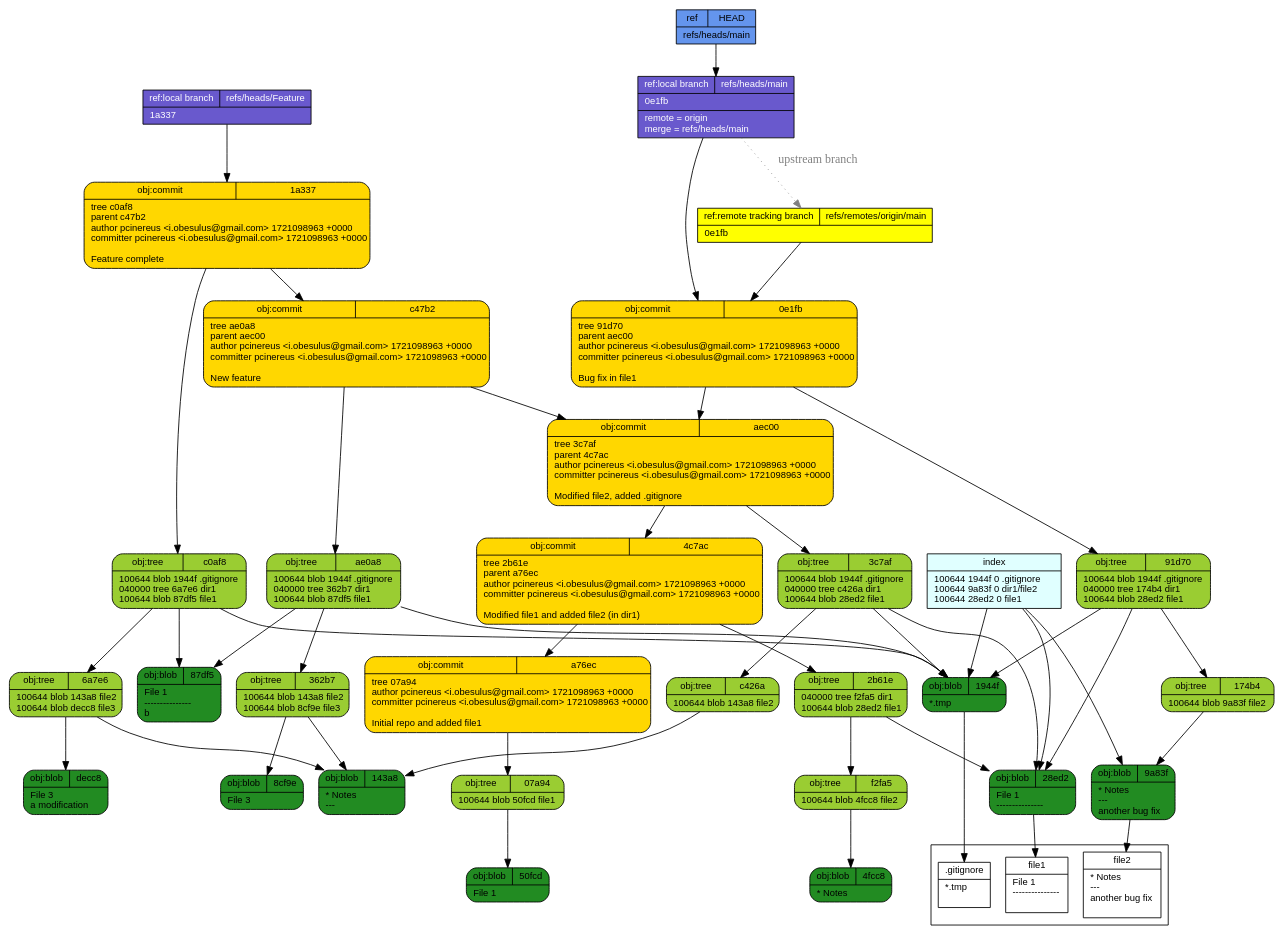
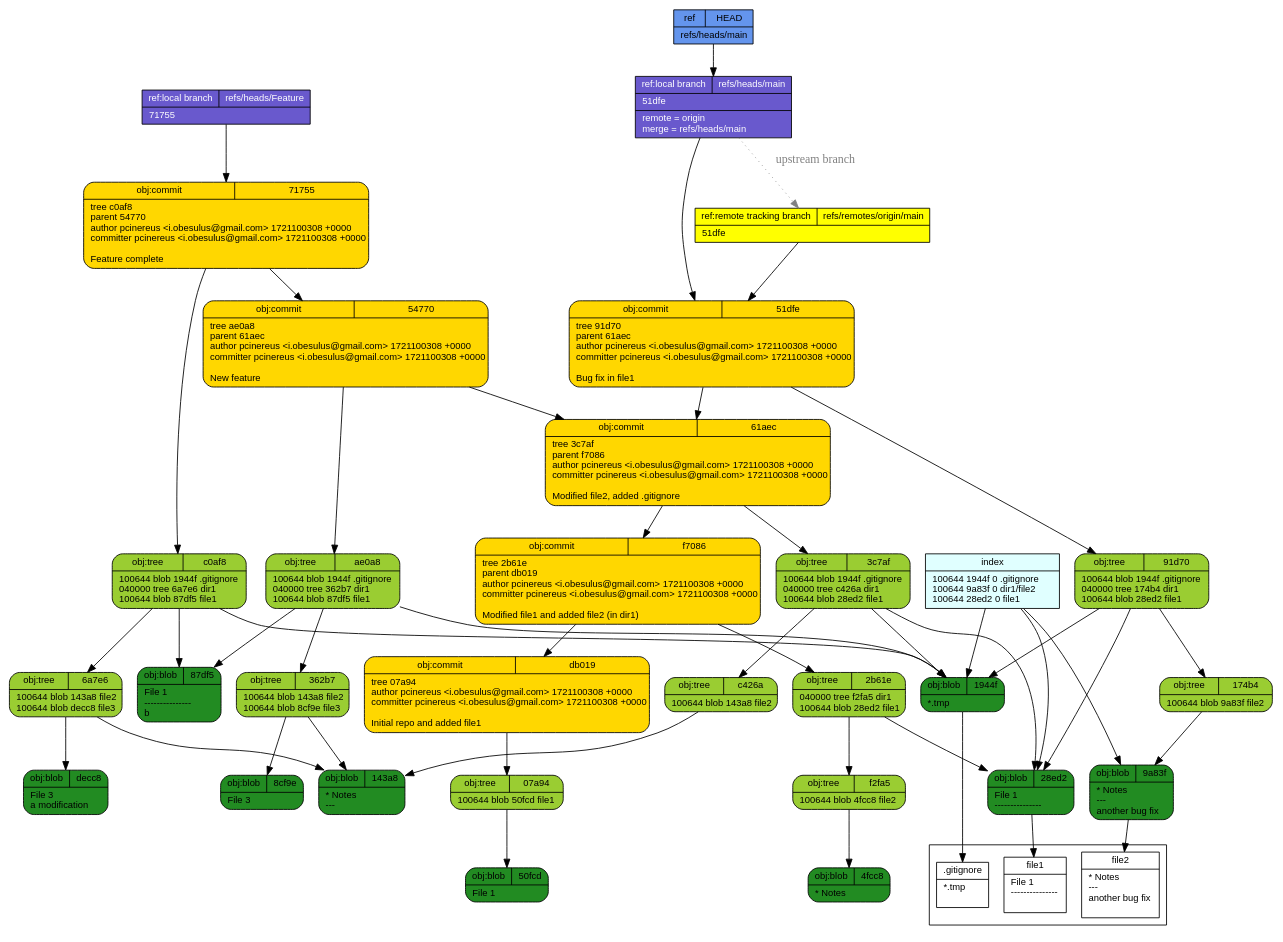
Before and after one commit to pcinereus/SUYRs_documents: the diagram in tut/git-draw.dot, drawn with Graphviz. The commit also changed 609 other files, not shown here.

```diff
--- a/tut/git-draw.dot
+++ b/tut/git-draw.dot
@@ -1,57 +1,57 @@
 digraph structs {
   node [shape=record,fontsize=11,fontname="arial"];
   rankdir="TB";
   _f2fa5 [fillcolor="yellowgreen", style="filled,rounded", label="{{obj:tree|f2fa5}|100644\ blob\ 4fcc8\	file2\l}"]  _f2fa5 -> _4fcc8
+  _54770 [fillcolor="gold", style="filled,rounded", label="{{obj:commit|54770}|tree\ ae0a8\lparent\ 61aec\lauthor\ pcinereus\ \<i\.obesulus\@gmail\.com\>\ 1721100308\ \+0000\lcommitter\ pcinereus\ \<i\.obesulus\@gmail\.com\>\ 1721100308\ \+0000\l\lNew\ feature\l}"]  _54770 -> _ae0a8
+  _54770 -> _61aec
   _07a94 [fillcolor="yellowgreen", style="filled,rounded", label="{{obj:tree|07a94}|100644\ blob\ 50fcd\	file1\l}"]  _07a94 -> _50fcd
   _143a8 [fillcolor="forestgreen", style="filled,rounded", label="{{obj:blob|143a8}|\*\ Notes\l\-\-\-\l}"]  _c0af8 [fillcolor="yellowgreen", style="filled,rounded", label="{{obj:tree|c0af8}|100644\ blob\ 1944f\	\.gitignore\l040000\ tree\ 6a7e6\	dir1\l100644\ blob\ 87df5\	file1\l}"]  _c0af8 -> _1944f
   _c0af8 -> _6a7e6
   _c0af8 -> _87df5
-  _4fcc8 [fillcolor="forestgreen", style="filled,rounded", label="{{obj:blob|4fcc8}|\*\ Notes\l}"]  _4c7ac [fillcolor="gold", style="filled,rounded", label="{{obj:commit|4c7ac}|tree\ 2b61e\lparent\ a76ec\lauthor\ pcinereus\ \<i\.obesulus\@gmail\.com\>\ 1721098963\ \+0000\lcommitter\ pcinereus\ \<i\.obesulus\@gmail\.com\>\ 1721098963\ \+0000\l\lModified\ file1\ and\ added\ file2\ \(in\ dir1\)\l}"]  _4c7ac -> _2b61e
-  _4c7ac -> _a76ec
+  _4fcc8 [fillcolor="forestgreen", style="filled,rounded", label="{{obj:blob|4fcc8}|\*\ Notes\l}"]  _71755 [fillcolor="gold", style="filled,rounded", label="{{obj:commit|71755}|tree\ c0af8\lparent\ 54770\lauthor\ pcinereus\ \<i\.obesulus\@gmail\.com\>\ 1721100308\ \+0000\lcommitter\ pcinereus\ \<i\.obesulus\@gmail\.com\>\ 1721100308\ \+0000\l\lFeature\ complete\l}"]  _71755 -> _c0af8
+  _71755 -> _54770
   _c426a [fillcolor="yellowgreen", style="filled,rounded", label="{{obj:tree|c426a}|100644\ blob\ 143a8\	file2\l}"]  _c426a -> _143a8
-  _c47b2 [fillcolor="gold", style="filled,rounded", label="{{obj:commit|c47b2}|tree\ ae0a8\lparent\ aec00\lauthor\ pcinereus\ \<i\.obesulus\@gmail\.com\>\ 1721098963\ \+0000\lcommitter\ pcinereus\ \<i\.obesulus\@gmail\.com\>\ 1721098963\ \+0000\l\lNew\ feature\l}"]  _c47b2 -> _ae0a8
-  _c47b2 -> _aec00
-  _1944f [fillcolor="forestgreen", style="filled,rounded", label="{{obj:blob|1944f}|\*\.tmp\l}"]  _50fcd [fillcolor="forestgreen", style="filled,rounded", label="{{obj:blob|50fcd}|File\ 1\l}"]  _a76ec [fillcolor="gold", style="filled,rounded", label="{{obj:commit|a76ec}|tree\ 07a94\lauthor\ pcinereus\ \<i\.obesulus\@gmail\.com\>\ 1721098963\ \+0000\lcommitter\ pcinereus\ \<i\.obesulus\@gmail\.com\>\ 1721098963\ \+0000\l\lInitial\ repo\ and\ added\ file1\l}"]  _a76ec -> _07a94
-  _0e1fb [fillcolor="gold", style="filled,rounded", label="{{obj:commit|0e1fb}|tree\ 91d70\lparent\ aec00\lauthor\ pcinereus\ \<i\.obesulus\@gmail\.com\>\ 1721098963\ \+0000\lcommitter\ pcinereus\ \<i\.obesulus\@gmail\.com\>\ 1721098963\ \+0000\l\lBug\ fix\ in\ file1\l}"]  _0e1fb -> _91d70
-  _0e1fb -> _aec00
-  _8cf9e [fillcolor="forestgreen", style="filled,rounded", label="{{obj:blob|8cf9e}|File\ 3\l}"]  _91d70 [fillcolor="yellowgreen", style="filled,rounded", label="{{obj:tree|91d70}|100644\ blob\ 1944f\	\.gitignore\l040000\ tree\ 174b4\	dir1\l100644\ blob\ 28ed2\	file1\l}"]  _91d70 -> _1944f
+  _1944f [fillcolor="forestgreen", style="filled,rounded", label="{{obj:blob|1944f}|\*\.tmp\l}"]  _50fcd [fillcolor="forestgreen", style="filled,rounded", label="{{obj:blob|50fcd}|File\ 1\l}"]  _61aec [fillcolor="gold", style="filled,rounded", label="{{obj:commit|61aec}|tree\ 3c7af\lparent\ f7086\lauthor\ pcinereus\ \<i\.obesulus\@gmail\.com\>\ 1721100308\ \+0000\lcommitter\ pcinereus\ \<i\.obesulus\@gmail\.com\>\ 1721100308\ \+0000\l\lModified\ file2\,\ added\ \.gitignore\l}"]  _61aec -> _3c7af
+  _61aec -> _f7086
+  _8cf9e [fillcolor="forestgreen", style="filled,rounded", label="{{obj:blob|8cf9e}|File\ 3\l}"]  _db019 [fillcolor="gold", style="filled,rounded", label="{{obj:commit|db019}|tree\ 07a94\lauthor\ pcinereus\ \<i\.obesulus\@gmail\.com\>\ 1721100308\ \+0000\lcommitter\ pcinereus\ \<i\.obesulus\@gmail\.com\>\ 1721100308\ \+0000\l\lInitial\ repo\ and\ added\ file1\l}"]  _db019 -> _07a94
+  _91d70 [fillcolor="yellowgreen", style="filled,rounded", label="{{obj:tree|91d70}|100644\ blob\ 1944f\	\.gitignore\l040000\ tree\ 174b4\	dir1\l100644\ blob\ 28ed2\	file1\l}"]  _91d70 -> _1944f
   _91d70 -> _174b4
   _91d70 -> _28ed2
-  _9a83f [fillcolor="forestgreen", style="filled,rounded", label="{{obj:blob|9a83f}|\*\ Notes\l\-\-\-\l\ another\ bug\ fix\l}"]  _aec00 [fillcolor="gold", style="filled,rounded", label="{{obj:commit|aec00}|tree\ 3c7af\lparent\ 4c7ac\lauthor\ pcinereus\ \<i\.obesulus\@gmail\.com\>\ 1721098963\ \+0000\lcommitter\ pcinereus\ \<i\.obesulus\@gmail\.com\>\ 1721098963\ \+0000\l\lModified\ file2\,\ added\ \.gitignore\l}"]  _aec00 -> _3c7af
-  _aec00 -> _4c7ac
-  _ae0a8 [fillcolor="yellowgreen", style="filled,rounded", label="{{obj:tree|ae0a8}|100644\ blob\ 1944f\	\.gitignore\l040000\ tree\ 362b7\	dir1\l100644\ blob\ 87df5\	file1\l}"]  _ae0a8 -> _1944f
+  _9a83f [fillcolor="forestgreen", style="filled,rounded", label="{{obj:blob|9a83f}|\*\ Notes\l\-\-\-\l\ another\ bug\ fix\l}"]  _ae0a8 [fillcolor="yellowgreen", style="filled,rounded", label="{{obj:tree|ae0a8}|100644\ blob\ 1944f\	\.gitignore\l040000\ tree\ 362b7\	dir1\l100644\ blob\ 87df5\	file1\l}"]  _ae0a8 -> _1944f
   _ae0a8 -> _362b7
   _ae0a8 -> _87df5
-  _1a337 [fillcolor="gold", style="filled,rounded", label="{{obj:commit|1a337}|tree\ c0af8\lparent\ c47b2\lauthor\ pcinereus\ \<i\.obesulus\@gmail\.com\>\ 1721098963\ \+0000\lcommitter\ pcinereus\ \<i\.obesulus\@gmail\.com\>\ 1721098963\ \+0000\l\lFeature\ complete\l}"]  _1a337 -> _c0af8
-  _1a337 -> _c47b2
   _2b61e [fillcolor="yellowgreen", style="filled,rounded", label="{{obj:tree|2b61e}|040000\ tree\ f2fa5\	dir1\l100644\ blob\ 28ed2\	file1\l}"]  _2b61e -> _f2fa5
   _2b61e -> _28ed2
   _87df5 [fillcolor="forestgreen", style="filled,rounded", label="{{obj:blob|87df5}|File\ 1\l\-\-\-\-\-\-\-\-\-\-\-\-\-\-\-\lb\l}"]  _362b7 [fillcolor="yellowgreen", style="filled,rounded", label="{{obj:tree|362b7}|100644\ blob\ 143a8\	file2\l100644\ blob\ 8cf9e\	file3\l}"]  _362b7 -> _143a8
   _362b7 -> _8cf9e
   _3c7af [fillcolor="yellowgreen", style="filled,rounded", label="{{obj:tree|3c7af}|100644\ blob\ 1944f\	\.gitignore\l040000\ tree\ c426a\	dir1\l100644\ blob\ 28ed2\	file1\l}"]  _3c7af -> _1944f
   _3c7af -> _c426a
   _3c7af -> _28ed2
   _28ed2 [fillcolor="forestgreen", style="filled,rounded", label="{{obj:blob|28ed2}|File\ 1\l\-\-\-\-\-\-\-\-\-\-\-\-\-\-\-\l}"]  _6a7e6 [fillcolor="yellowgreen", style="filled,rounded", label="{{obj:tree|6a7e6}|100644\ blob\ 143a8\	file2\l100644\ blob\ decc8\	file3\l}"]  _6a7e6 -> _143a8
   _6a7e6 -> _decc8
   _174b4 [fillcolor="yellowgreen", style="filled,rounded", label="{{obj:tree|174b4}|100644\ blob\ 9a83f\	file2\l}"]  _174b4 -> _9a83f
-  _decc8 [fillcolor="forestgreen", style="filled,rounded", label="{{obj:blob|decc8}|File\ 3\l\ a\ modification\l}"]  _refs___heads___Feature [style=filled, fillcolor=slateblue3, fontcolor = white,  label="{{ref:local branch|refs\/heads\/Feature}|1a337\l}"]
-  _refs___heads___Feature -> _1a337
+  _decc8 [fillcolor="forestgreen", style="filled,rounded", label="{{obj:blob|decc8}|File\ 3\l\ a\ modification\l}"]  _51dfe [fillcolor="gold", style="filled,rounded", label="{{obj:commit|51dfe}|tree\ 91d70\lparent\ 61aec\lauthor\ pcinereus\ \<i\.obesulus\@gmail\.com\>\ 1721100308\ \+0000\lcommitter\ pcinereus\ \<i\.obesulus\@gmail\.com\>\ 1721100308\ \+0000\l\lBug\ fix\ in\ file1\l}"]  _51dfe -> _91d70
+  _51dfe -> _61aec
+  _f7086 [fillcolor="gold", style="filled,rounded", label="{{obj:commit|f7086}|tree\ 2b61e\lparent\ db019\lauthor\ pcinereus\ \<i\.obesulus\@gmail\.com\>\ 1721100308\ \+0000\lcommitter\ pcinereus\ \<i\.obesulus\@gmail\.com\>\ 1721100308\ \+0000\l\lModified\ file1\ and\ added\ file2\ \(in\ dir1\)\l}"]  _f7086 -> _2b61e
+  _f7086 -> _db019
+  _refs___heads___Feature [style=filled, fillcolor=slateblue3, fontcolor = white,  label="{{ref:local branch|refs\/heads\/Feature}|71755\l}"]
+  _refs___heads___Feature -> _71755
   _refs___heads___main -> _refs___remotes___origin___main [style=dotted, color=gray, fontcolor=gray, label="upstream branch"]
-  _refs___heads___main [style=filled, fillcolor=slateblue3, fontcolor = white,  label="{{ref:local branch|refs\/heads\/main}|0e1fb\l|remote\ \=\ origin\lmerge\ \=\ refs\/heads\/main\l}"]
-  _refs___heads___main -> _0e1fb
-  _refs___remotes___origin___main [style=filled, fillcolor=yellow, fontcolor = black,  label="{{ref:remote tracking branch|refs\/remotes\/origin\/main}|0e1fb\l}"]
-  _refs___remotes___origin___main -> _0e1fb
+  _refs___heads___main [style=filled, fillcolor=slateblue3, fontcolor = white,  label="{{ref:local branch|refs\/heads\/main}|51dfe\l|remote\ \=\ origin\lmerge\ \=\ refs\/heads\/main\l}"]
+  _refs___heads___main -> _51dfe
+  _refs___remotes___origin___main [style=filled, fillcolor=yellow, fontcolor = black,  label="{{ref:remote tracking branch|refs\/remotes\/origin\/main}|51dfe\l}"]
+  _refs___remotes___origin___main -> _51dfe
   _HEAD [style=filled, fillcolor=cornflowerblue, fontcolor=black,  label="{{ref|HEAD}|refs\/heads\/main\l}"]
   _HEAD -> _refs___heads___main
   index -> _1944f
   index -> _9a83f
   index -> _28ed2
   index [style=filled, fillcolor=lightcyan, label="{{index}|100644\ 1944f\ 0\	\.gitignore\l100644\ 9a83f\ 0\	dir1\/file2\l100644\ 28ed2\ 0\	file1\l}"]
 subgraph cluster_1 {rank=sink  _gitignore [fillcolor="white", label="{{.gitignore}|*.tmp\l\l}"] 
   _file2 [fillcolor="white", label="{{file2}|* Notes\l---\l another bug fix\l\l}"] 
   _file1 [fillcolor="white", label="{{file1}|File 1\l---------------\l\l}"] 
 }
  _1944f -> _gitignore
  _9a83f -> _file2
  _28ed2 -> _file1
 }
```
